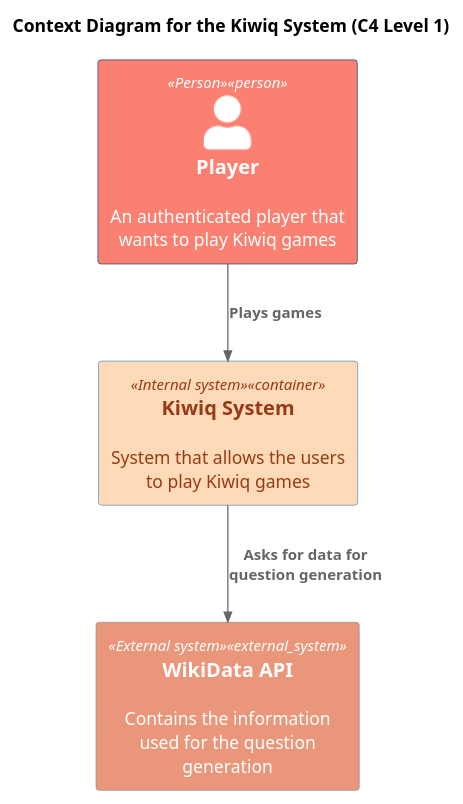
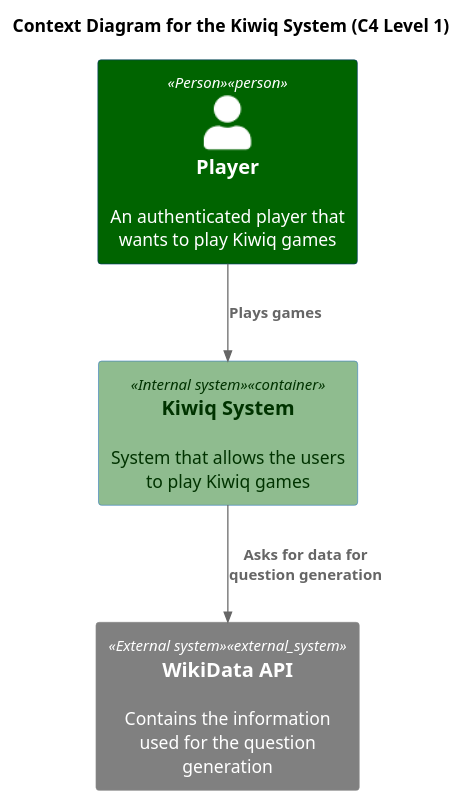
One commit to Arquisoft/wiq_en2b changed the diagram in docs/diagrams/c4/C4-Level1.puml. Above: the diagram before and after it, drawn with PlantUML. The commit also changed 1 other file, not shown here.

```diff
--- a/docs/diagrams/c4/C4-Level1.puml
+++ b/docs/diagrams/c4/C4-Level1.puml
@@ -1,21 +1,20 @@
 @startuml
 !includeurl https://raw.githubusercontent.com/RicardoNiepel/C4-PlantUML/master/C4_Container.puml
 !include <c4/C4_Context.puml>
 
 title Context Diagram for the Kiwiq System (C4 Level 1)
-AddElementTag("Person", $bgColor="#salmon", $fontColor="#white")
-AddElementTag("Internal system", $bgColor="#peachpuff", $fontColor="#963b17")
-AddElementTag("External system", $bgColor="#darksalmon", $fontColor="#white")
-
+AddElementTag("Person", $bgColor="#darkgreen", $fontColor="#white")
+AddElementTag("Internal system", $bgColor="#darkseagreen", $fontColor="#003300")
+AddElementTag("External system", $bgColor="#gray", $fontColor="#white")
 'Containers
 Person(player, Player,"An authenticated player that wants to play Kiwiq games", $tags="Person")
 
 Container(kiwiq, "Kiwiq System","", "System that allows the users to play Kiwiq games", $tags="Internal system")
 
 
 System_Ext(wikidata,"WikiData API","Contains the information used for the question generation", $tags="External system")
 
 'RELATIONS
 Rel(player,kiwiq,"Plays games")
 Rel(kiwiq,wikidata,"Asks for data for question generation")
 @enduml
```
